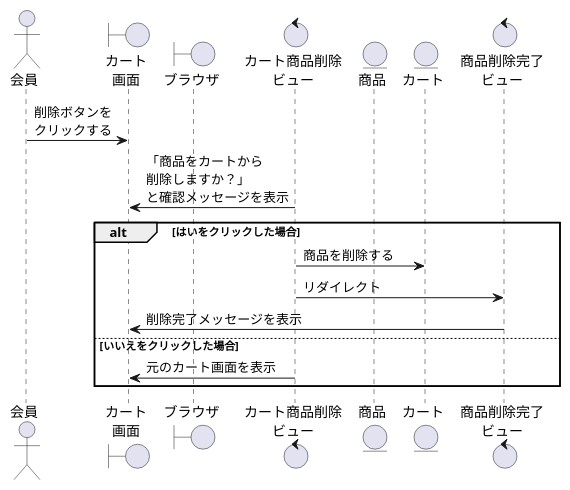
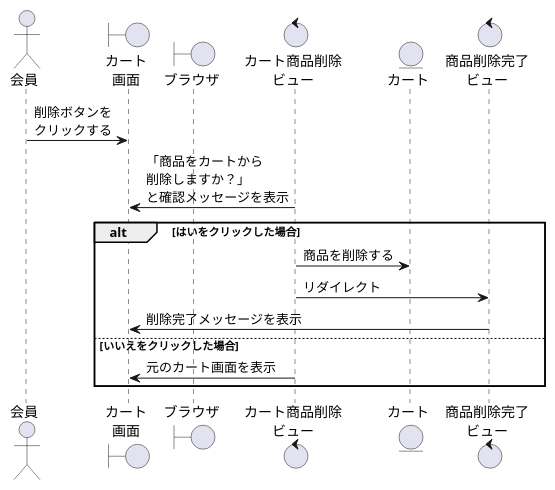
Before and after one commit to ysyk-wtnb16/team_D: the diagram in BBショップ/カート商品削除.wsd, drawn with PlantUML.

```diff
--- a/BBショップ/カート商品削除.wsd
+++ b/BBショップ/カート商品削除.wsd
@@ -1,21 +1,20 @@
 @startuml cartdelete
 
 actor "会員" as act
 boundary "カート\n画面" as cartv
 boundary "ブラウザ" as brz
 control "カート商品削除\nビュー" as delete
-entity "商品" as product
 entity "カート" as cart
 control "商品削除完了\nビュー" as shkc
 
 act -> cartv:削除ボタンを\nクリックする
 cartv <- delete:「商品をカートから\n削除しますか？」\nと確認メッセージを表示 
 alt はいをクリックした場合
     delete -> cart:商品を削除する
     delete -> shkc:リダイレクト
     cartv <- shkc:削除完了メッセージを表示
 else いいえをクリックした場合
     cartv <- delete:元のカート画面を表示
 end
 
 @enduml
```
